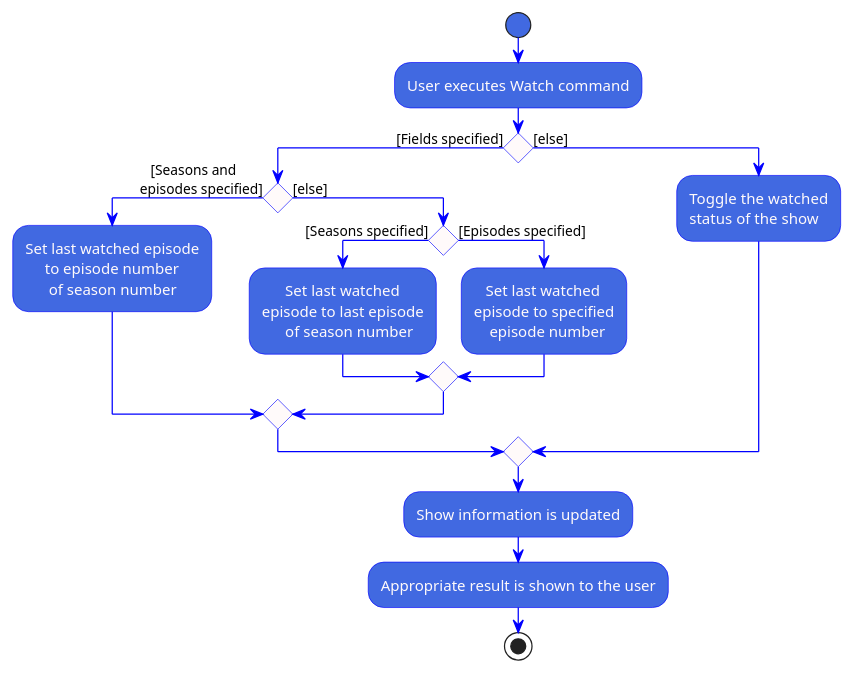
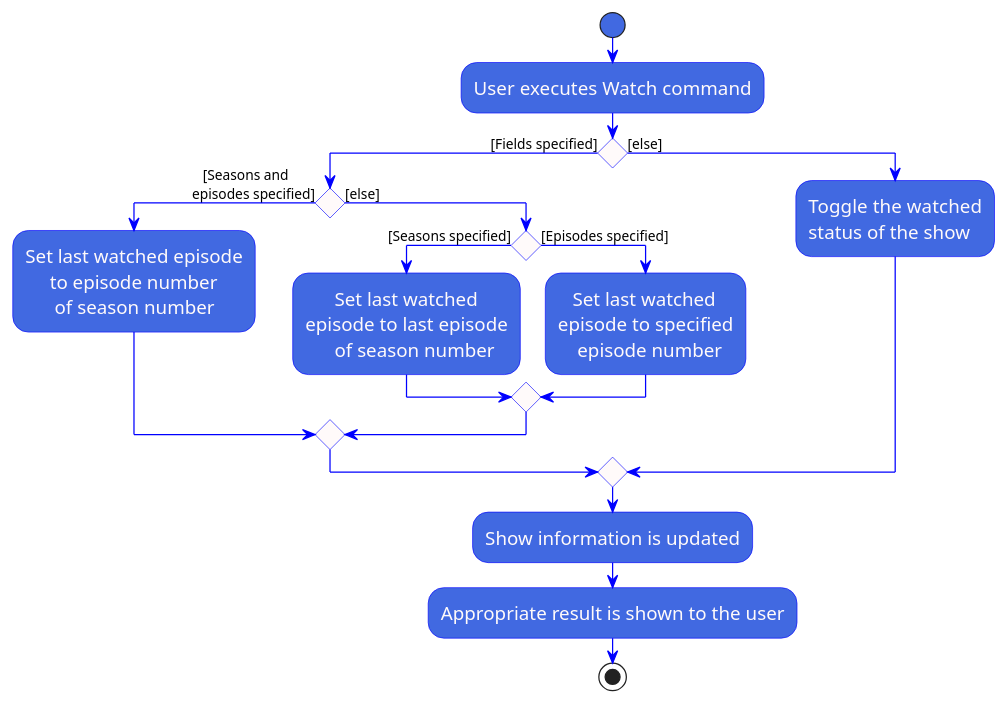
One commit to nus-cs2103-AY1920S1/addressbook-level3 changed the diagram in docs/diagrams/WatchActivityDiagram.puml. Above: the diagram before and after it, drawn with PlantUML. The commit also changed 3 other files, not shown here.

```diff
--- a/docs/diagrams/WatchActivityDiagram.puml
+++ b/docs/diagrams/WatchActivityDiagram.puml
@@ -1,53 +1,54 @@
 @startuml
 skinparam backgroundColor white
 skinparam activity {
   StartColor RoyalBlue
   EndColor RoyalBlue
   BackgroundColor RoyalBlue
   arrowColor Blue
   activityDiamondBackgroundColor Blue
   activityBarColor blue
   BorderColor blue
   ControlBackgroundColor white
   FontColor Snow
-  FontName Impact
+  FontName Calibri
+  FontSize 15
 }
 
 skinparam activityDiamond {
     BackgroundColor Snow
     BorderColor blue
     FontSize 24
 }
 
 start
 :User executes Watch command;
 
 'Since the beta syntax does not support placing the condition outside the
 'diamond we place it as the true branch instead.
 
 if () then ([Fields specified])
 if () then (   [Seasons and
 episodes specified])
     :Set last watched episode
          to episode number
           of season number;
 else ([else])
     if () then ([Seasons specified])
         :      Set last watched
         episode to last episode
               of season number;
     else ([Episodes specified])
         :   Set last watched
        episode to specified
            episode number;
      endif
 endif
 else ([else])
     :Toggle the watched
     status of the show;
 endif
 :Show information is updated;
 
 :Appropriate result is shown to the user;
 stop
 @enduml
```
